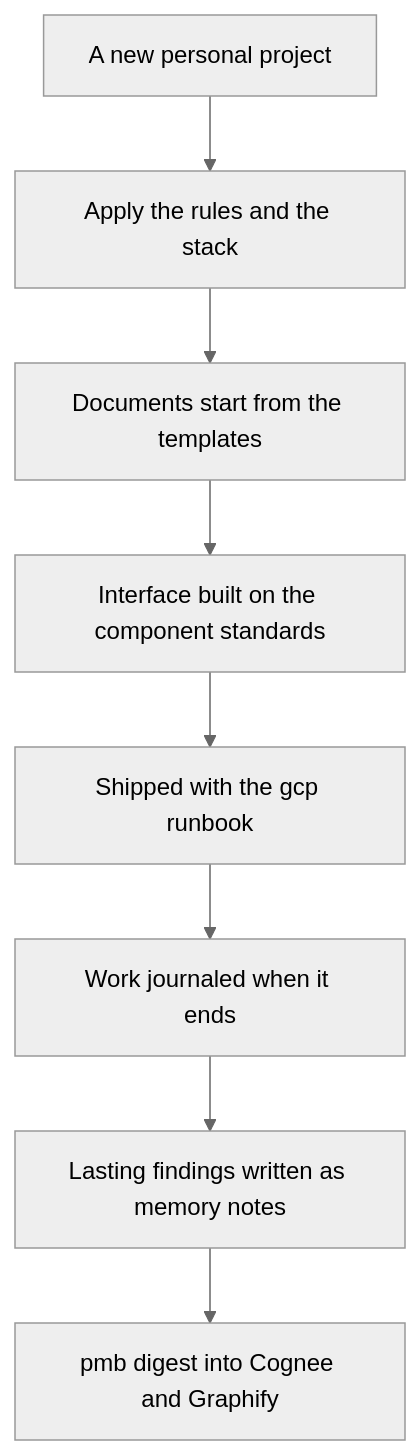
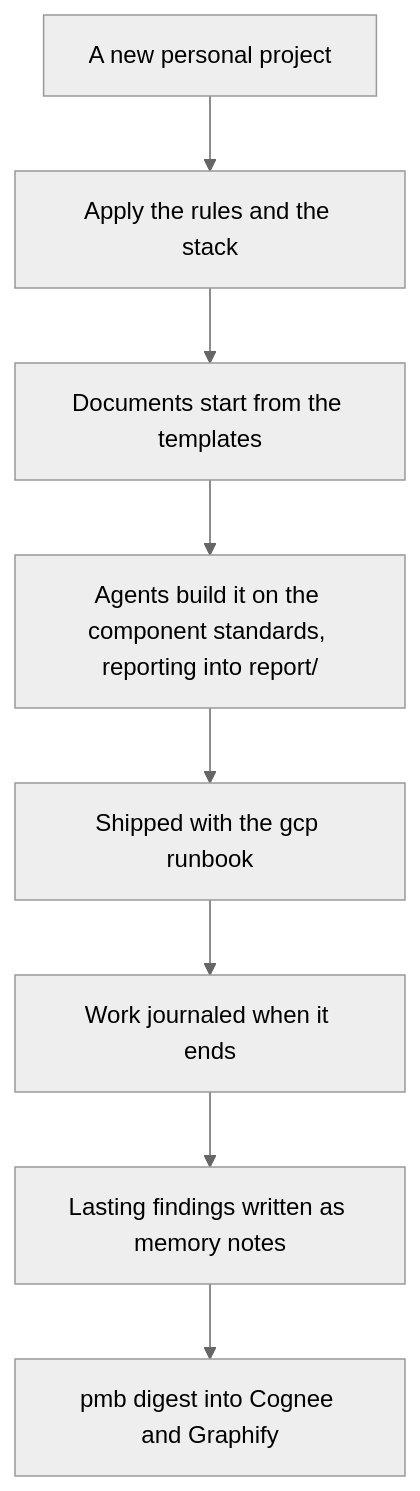
The diagram in README.md (rahfianugerah/docs), drawn with Mermaid (neutral theme) before and after one commit. The commit also changed other lines of this file and 25 other files, not shown here.

````diff
--- a/README.md
+++ b/README.md
@@ -29,10 +30,10 @@
 ```mermaid
 flowchart TD
   S["A new personal project"] --> R["Apply the rules and the stack"]
   R --> T["Documents start from the templates"]
-  T --> B["Interface built on the component standards"]
+  T --> B["Agents build it on the component standards, reporting into report/"]
   B --> D["Shipped with the gcp runbook"]
   D --> J["Work journaled when it ends"]
   J --> M["Lasting findings written as memory notes"]
   M --> X["pmb digest into Cognee and Graphify"]
 ```
````
